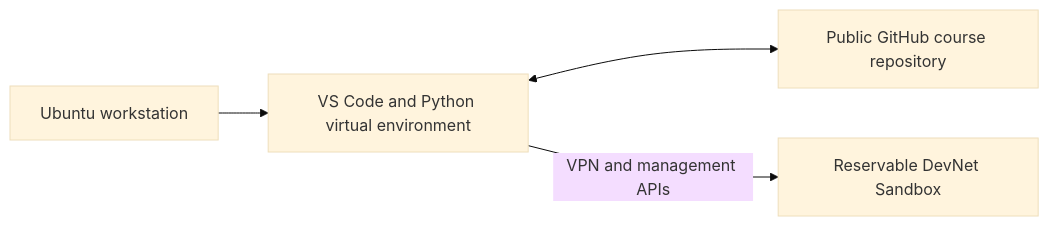
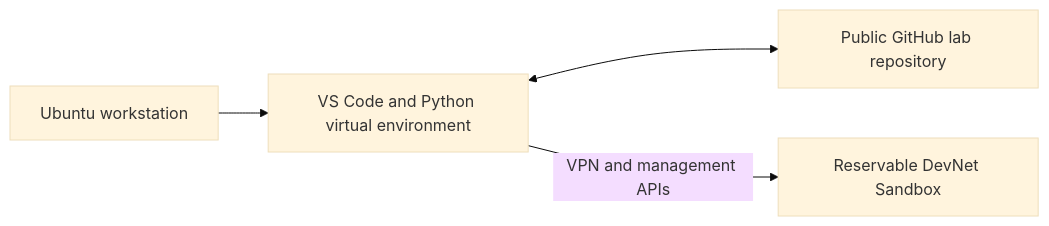
Before and after one commit to tanthanh85/CCNAAUTO-LAB: the diagram in Lab 01 - Get Started/Lab1.md, drawn with Mermaid (base theme). The commit also changed other lines of this file and 10 other files, not shown here.

````diff
--- a/Lab 01 - Get Started/Lab1.md
+++ b/Lab 01 - Get Started/Lab1.md
@@ -21,6 +21,6 @@
 ```mermaid
 flowchart LR
     A["Ubuntu workstation"] --> B["VS Code and Python virtual environment"]
-    B <--> C["Public GitHub course repository"]
+    B <--> C["Public GitHub lab repository"]
     B -->|"VPN and management APIs"| D["Reservable DevNet Sandbox"]
 ```
````
